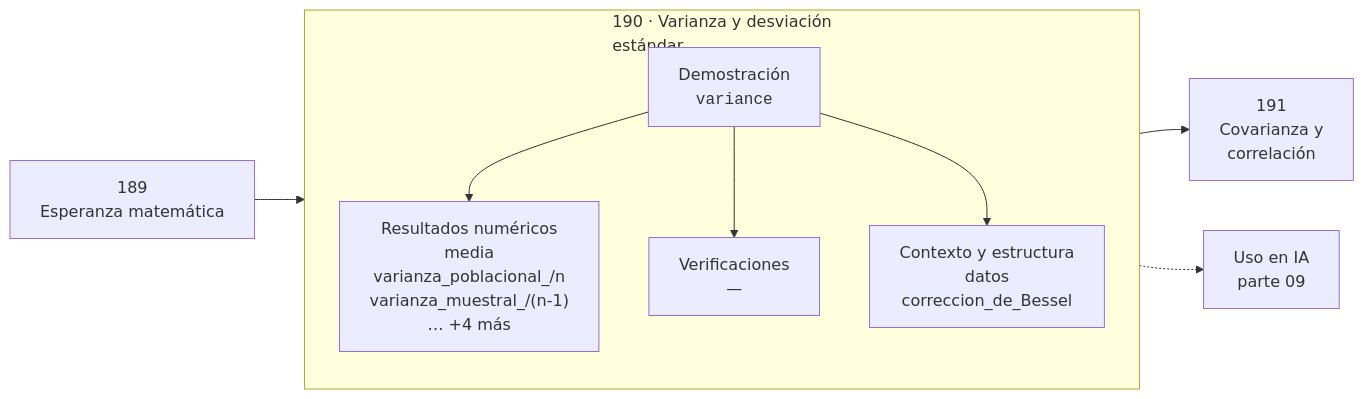
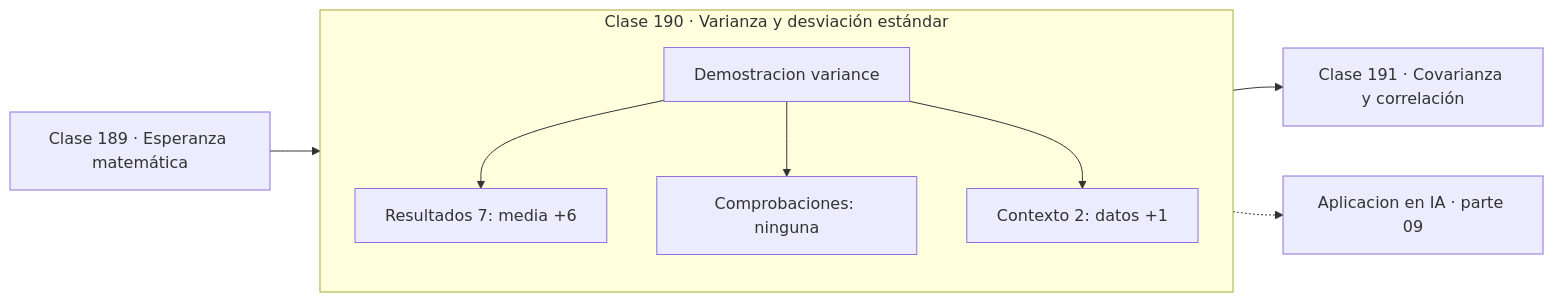
Before and after one commit to vladimiracunadev-create/computational-mathematics-program: the diagram in classes/part-09-probabilidad-y-procesos-aleatorios/190-varianza-y-desviacion-estandar/README.md, drawn with Mermaid. The commit also changed 389 other files, not shown here.

First line of the commit message:
fix(diagramas): elimina el HTML de las etiquetas Mermaid

````diff
--- a/classes/part-09-probabilidad-y-procesos-aleatorios/190-varianza-y-desviacion-estandar/README.md
+++ b/classes/part-09-probabilidad-y-procesos-aleatorios/190-varianza-y-desviacion-estandar/README.md
@@ -30,12 +30,13 @@
 ```mermaid
 flowchart LR
-    P["189<br/>Esperanza matemática"] --> C
-    subgraph C["190 · Varianza y desviación<br/>estándar"]
+    P["Clase 189 · Esperanza matemática"] --> D
+    subgraph CLASE["Clase 190 · Varianza y desviación estándar"]
         direction TB
-        D["Demostración<br/><code>variance</code>"] --> R["Resultados numéricos<br/>media<br/>varianza_poblacional_/n<br/>varianza_muestral_/(n-1)<br/>… +4 más"]
-        D --> V["Verificaciones<br/>—"]
-        D --> O["Contexto y estructura<br/>datos<br/>correccion_de_Bessel"]
+        D["Demostracion variance"]
+        D --> R["Resultados 7: media +6"]
+        D --> V["Comprobaciones: ninguna"]
+        D --> O["Contexto 2: datos +1"]
     end
-    C --> N["191<br/>Covarianza y<br/>correlación"]
-    C -.-> IA["Uso en IA<br/>parte 09"]
+    R --> N["Clase 191 · Covarianza y correlación"]
+    V -.-> IA["Aplicacion en IA · parte 09"]
 ```
````
